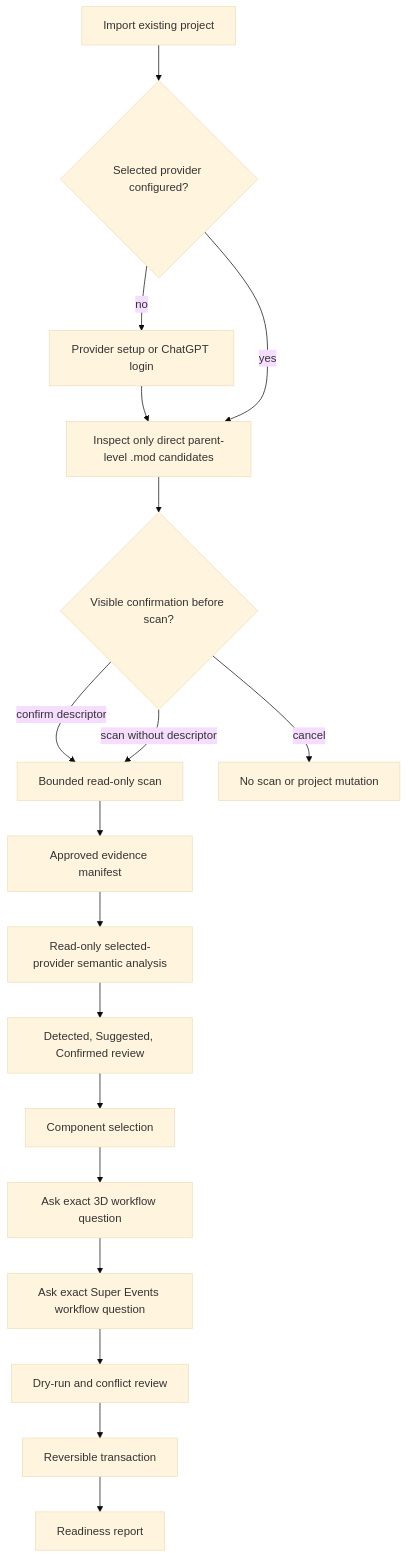
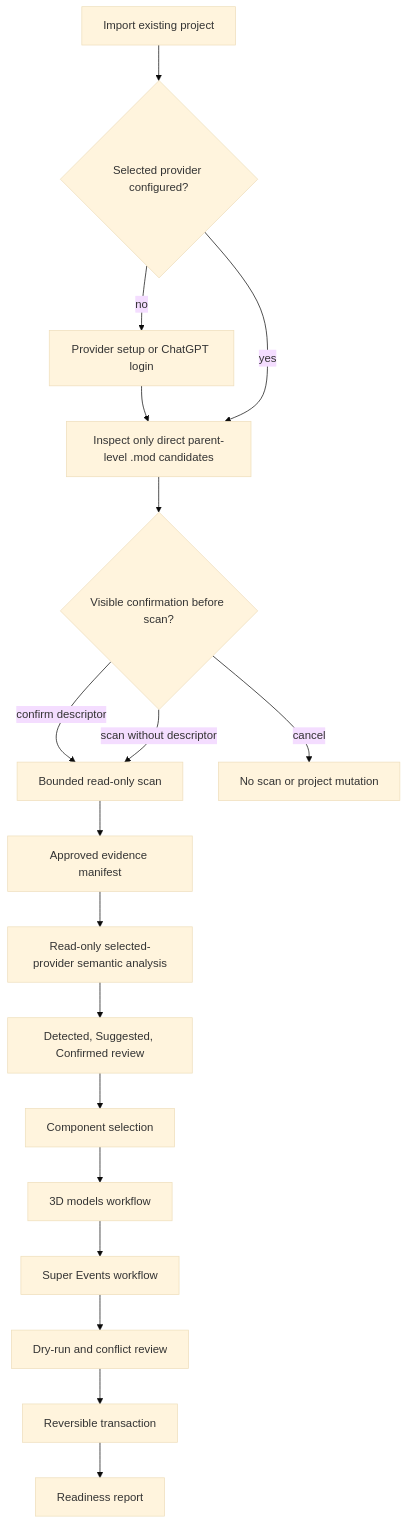
The diagram in docs/diagrams/existing_project_flow.mmd (klimPaskov/HOI4-Mod-Setup), drawn with Mermaid (base theme) before and after one commit. The commit also changed 76 other files, not shown here.

```diff
--- a/docs/diagrams/existing_project_flow.mmd
+++ b/docs/diagrams/existing_project_flow.mmd
@@ -1,18 +1,18 @@
 flowchart TD
     Start[Import existing project] --> Auth{Selected provider configured?}
     Auth -- no --> Login[Provider setup or ChatGPT login]
     Login --> Candidate[Inspect only direct parent-level .mod candidates]
     Auth -- yes --> Candidate
     Candidate --> Confirm{Visible confirmation before scan?}
     Confirm -- confirm descriptor --> Scan[Bounded read-only scan]
     Confirm -- scan without descriptor --> Scan
     Confirm -- cancel --> Stop[No scan or project mutation]
     Scan --> Manifest[Approved evidence manifest]
     Manifest --> Provider[Read-only selected-provider semantic analysis]
     Provider --> Findings[Detected, Suggested, Confirmed review]
     Findings --> Components[Component selection]
-    Components --> Optional3D[Ask exact 3D workflow question]
-    Optional3D --> OptionalSE[Ask exact Super Events workflow question]
+    Components --> Optional3D[3D models workflow]
+    Optional3D --> OptionalSE[Super Events workflow]
     OptionalSE --> DryRun[Dry-run and conflict review]
     DryRun --> Apply[Reversible transaction]
     Apply --> Ready[Readiness report]
```
